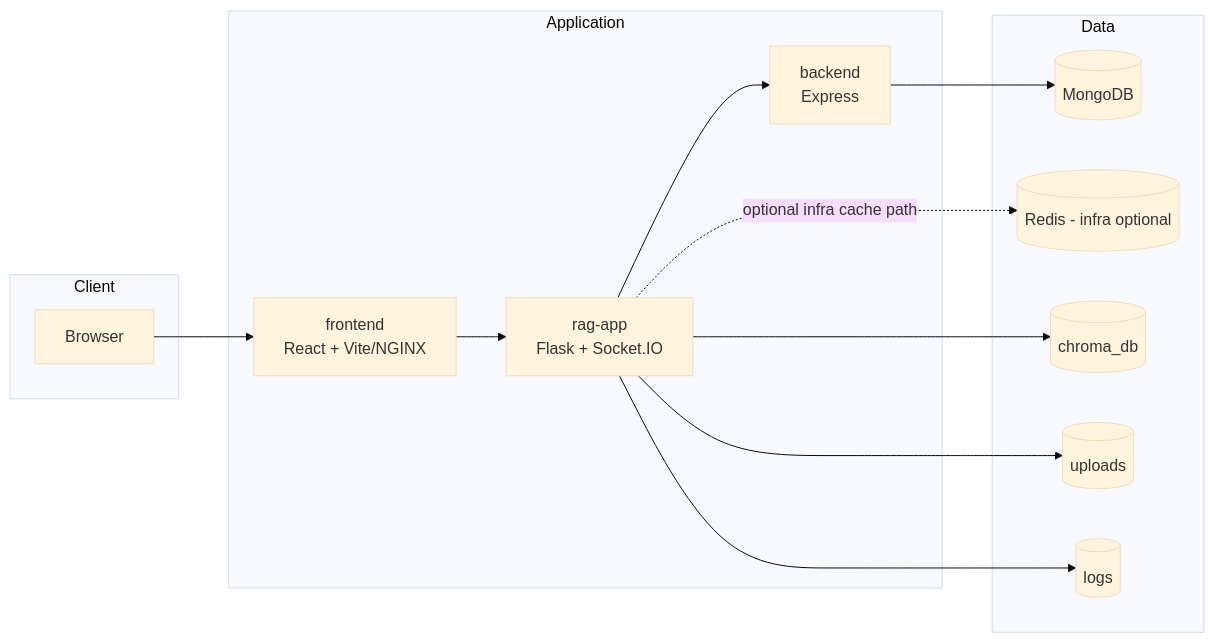
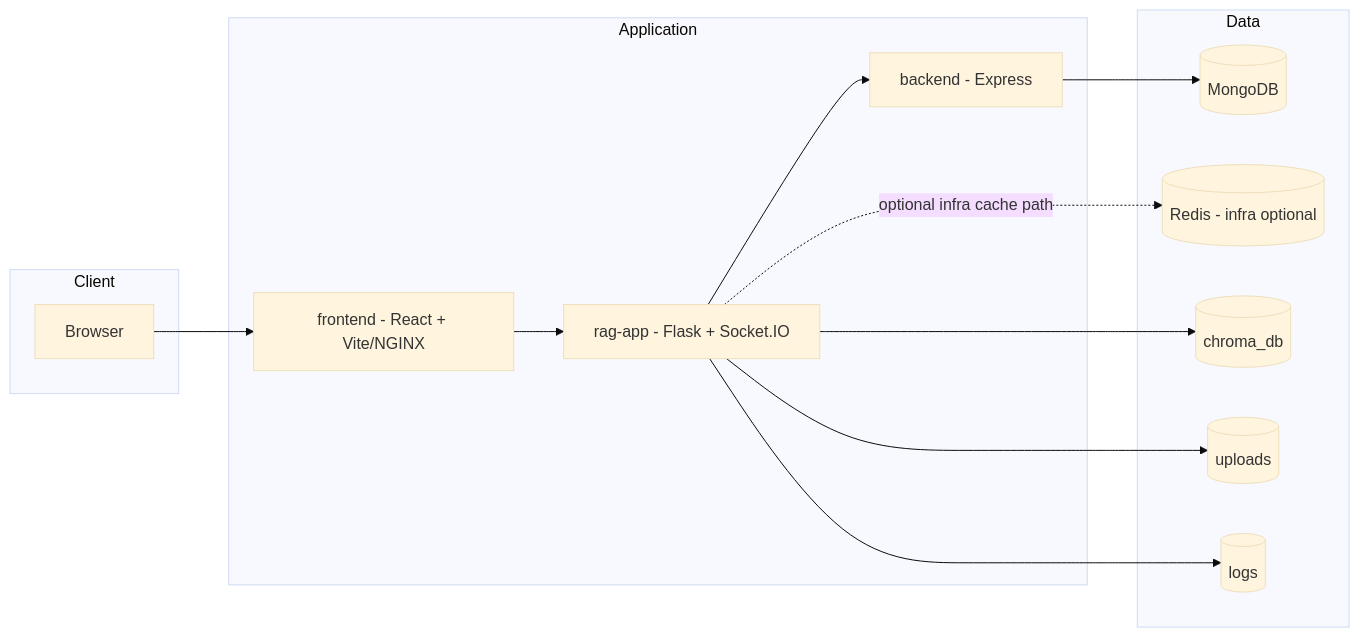
The third of 21 diagrams in ARCHITECTURE.md (yamposskype/AI-RAG-LangChain), drawn with Mermaid (base theme) before and after one commit. The commit also changed other lines of this file and 11 other files, not shown here.

````diff
--- a/ARCHITECTURE.md
+++ b/ARCHITECTURE.md
@@ -209,29 +209,29 @@
 ```mermaid
 graph LR
     subgraph Client
       Browser
     end
 
     subgraph Application
-      Frontend[frontend\nReact + Vite/NGINX]
-      RagApp[rag-app\nFlask + Socket.IO]
-      Backend[backend\nExpress]
+      Frontend[frontend - React + Vite/NGINX]
+      RagApp[rag-app - Flask + Socket.IO]
+      Backend[backend - Express]
     end
 
     subgraph Data
       Mongo[(MongoDB)]
       Redis[(Redis - infra optional)]
       Chroma[(chroma_db)]
       Uploads[(uploads)]
       Logs[(logs)]
     end
 
     Browser --> Frontend
     Frontend --> RagApp
     RagApp --> Backend
     Backend --> Mongo
     RagApp --> Chroma
     RagApp --> Uploads
     RagApp --> Logs
     RagApp -. optional infra cache path .-> Redis
 ```
````
